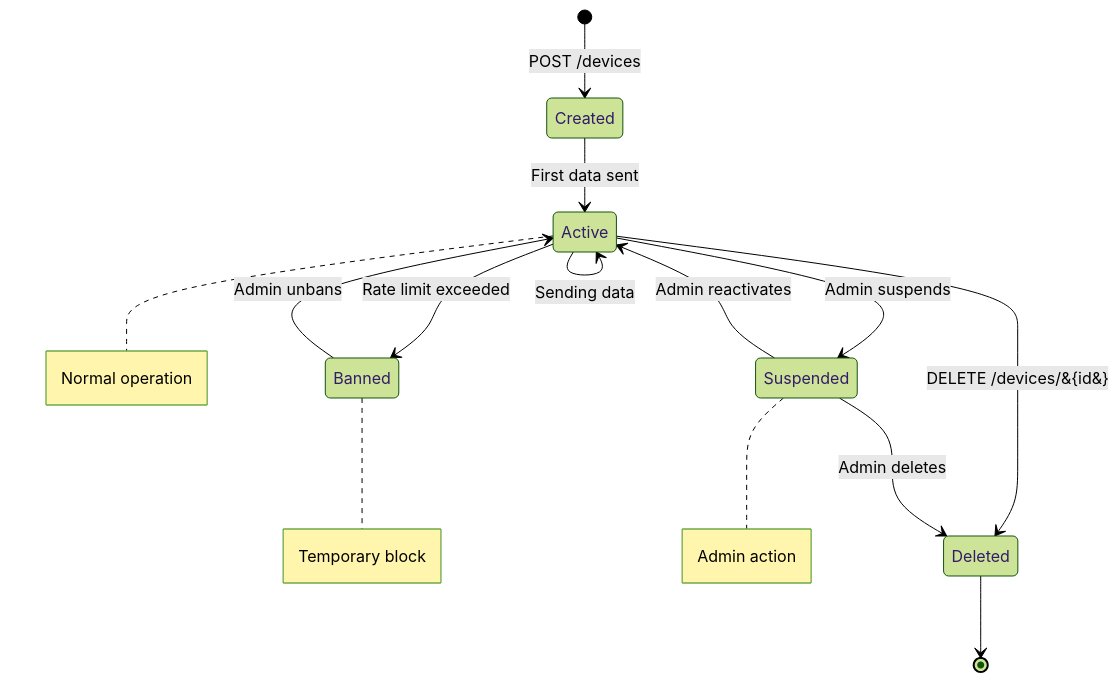
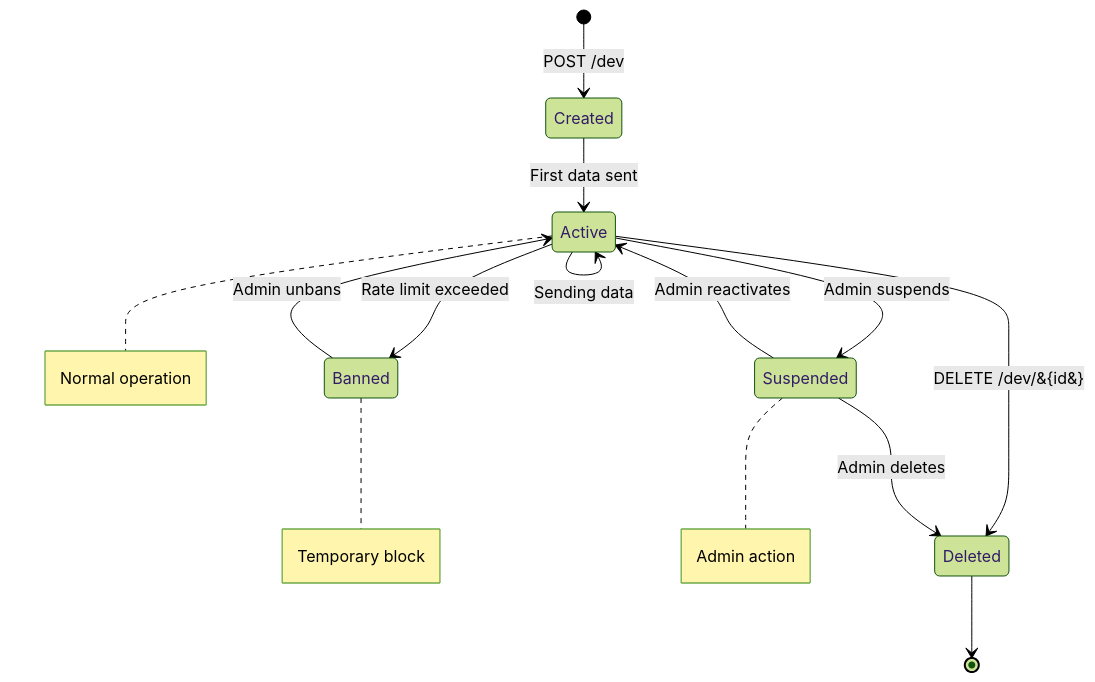
One commit to tevfik/datum-server changed diagram 12 of 15 in docs/diagrams/ARCHITECTURE.md. Above: the diagram before and after it, drawn with Mermaid (forest theme). The commit also changed other lines of this file and 61 other files, not shown here.

````diff
--- a/docs/diagrams/ARCHITECTURE.md
+++ b/docs/diagrams/ARCHITECTURE.md
@@ -324,17 +351,17 @@
 ```mermaid
 stateDiagram-v2
-    [*] --> Created: POST /devices
+    [*] --> Created: POST /dev
     Created --> Active: First data sent
     Active --> Active: Sending data
     Active --> Suspended: Admin suspends
     Active --> Banned: Rate limit exceeded
     Suspended --> Active: Admin reactivates
     Banned --> Active: Admin unbans
-    Active --> Deleted: DELETE /devices/&#123;id&#125;
+    Active --> Deleted: DELETE /dev/&#123;id&#125;
     Suspended --> Deleted: Admin deletes
     Deleted --> [*]
     
     note right of Active: Normal operation
     note right of Banned: Temporary block
     note right of Suspended: Admin action
 ```
````
